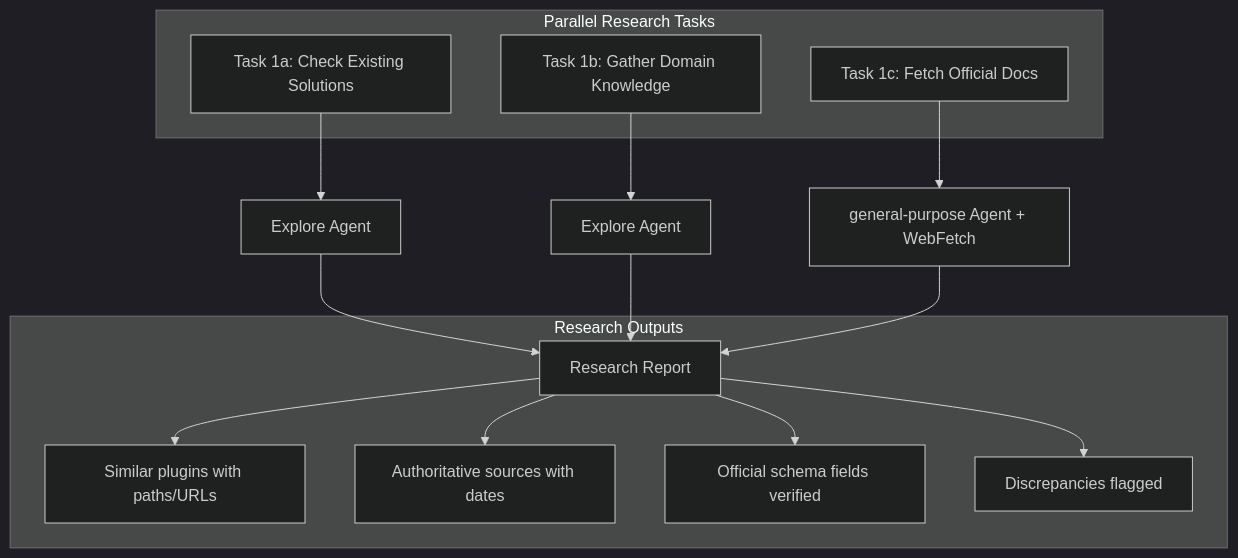
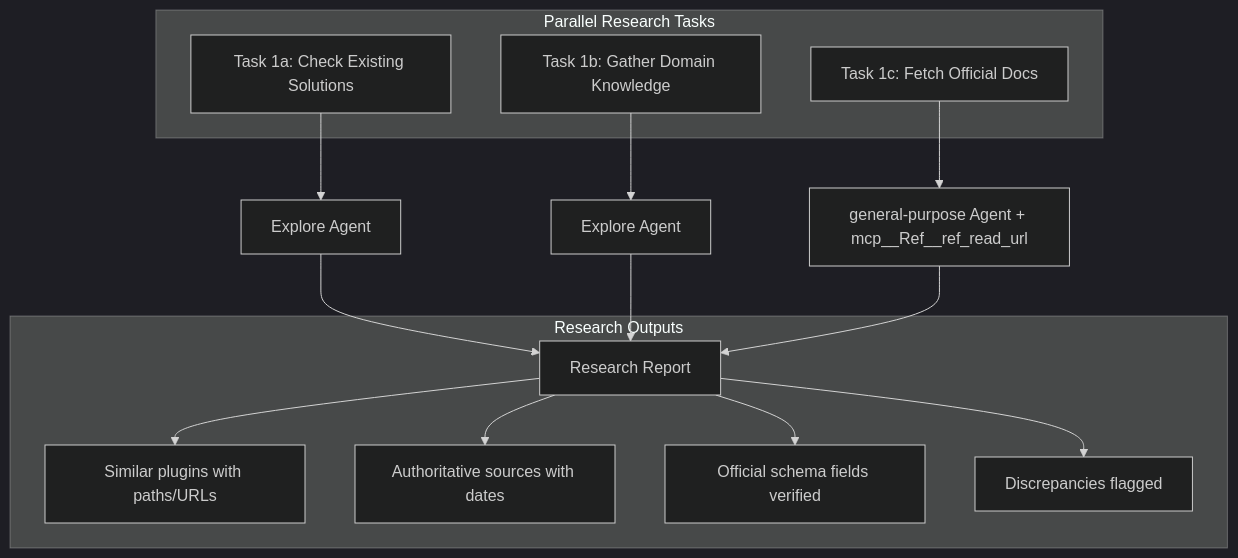
One commit to chgreer1070/claude_skills changed the third of 11 diagrams in plugins/plugin-creator/skills/plugin-creator/references/workflow-diagram.md. Above: the diagram before and after it, drawn with Mermaid (dark theme). The commit also changed other lines of this file and 52 other files, not shown here.

````diff
--- a/plugins/plugin-creator/skills/plugin-creator/references/workflow-diagram.md
+++ b/plugins/plugin-creator/skills/plugin-creator/references/workflow-diagram.md
@@ -49,23 +49,23 @@
 ```mermaid
 flowchart TD
     subgraph "Parallel Research Tasks"
         T1A[Task 1a: Check Existing Solutions]
         T1B[Task 1b: Gather Domain Knowledge]
         T1C[Task 1c: Fetch Official Docs]
     end
 
     T1A --> E1[Explore Agent]
     T1B --> E2[Explore Agent]
-    T1C --> GP[general-purpose Agent + WebFetch]
+    T1C --> GP[general-purpose Agent + mcp__Ref__ref_read_url]
 
     E1 --> REPORT[Research Report]
     E2 --> REPORT
     GP --> REPORT
 
     subgraph "Research Outputs"
         REPORT --> O1[Similar plugins with paths/URLs]
         REPORT --> O2[Authoritative sources with dates]
         REPORT --> O3[Official schema fields verified]
         REPORT --> O4[Discrepancies flagged]
     end
 ```
````
